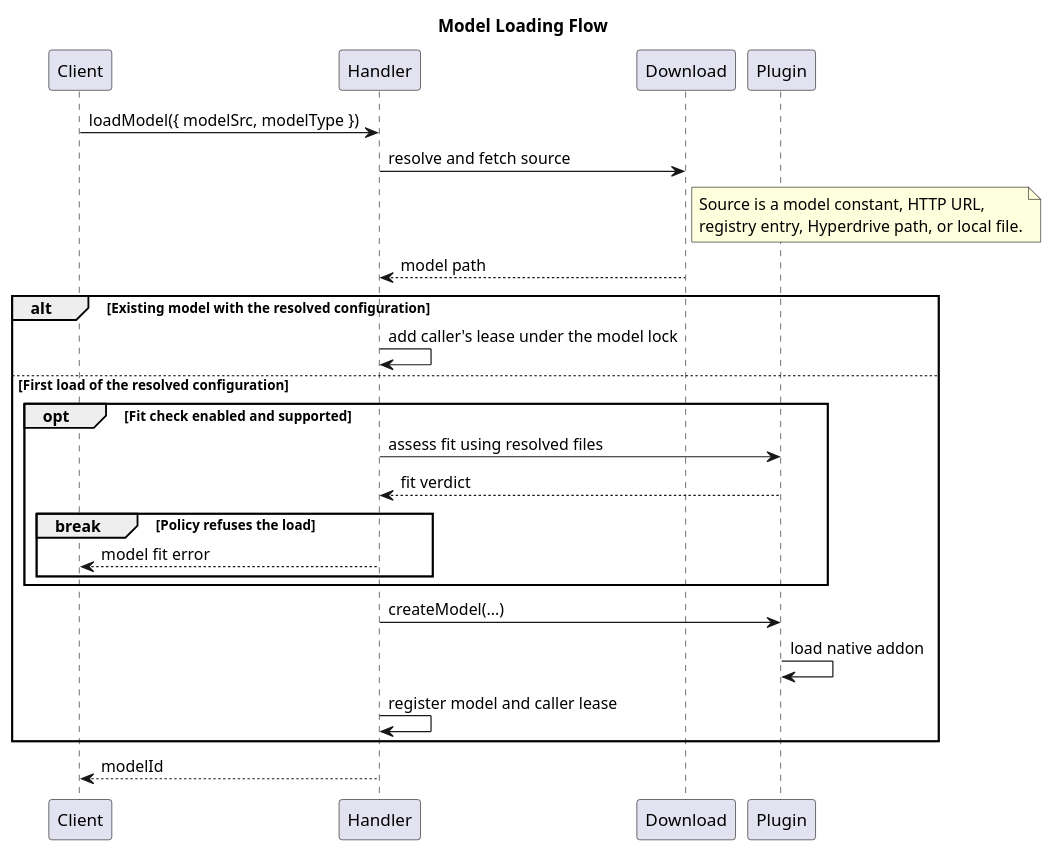
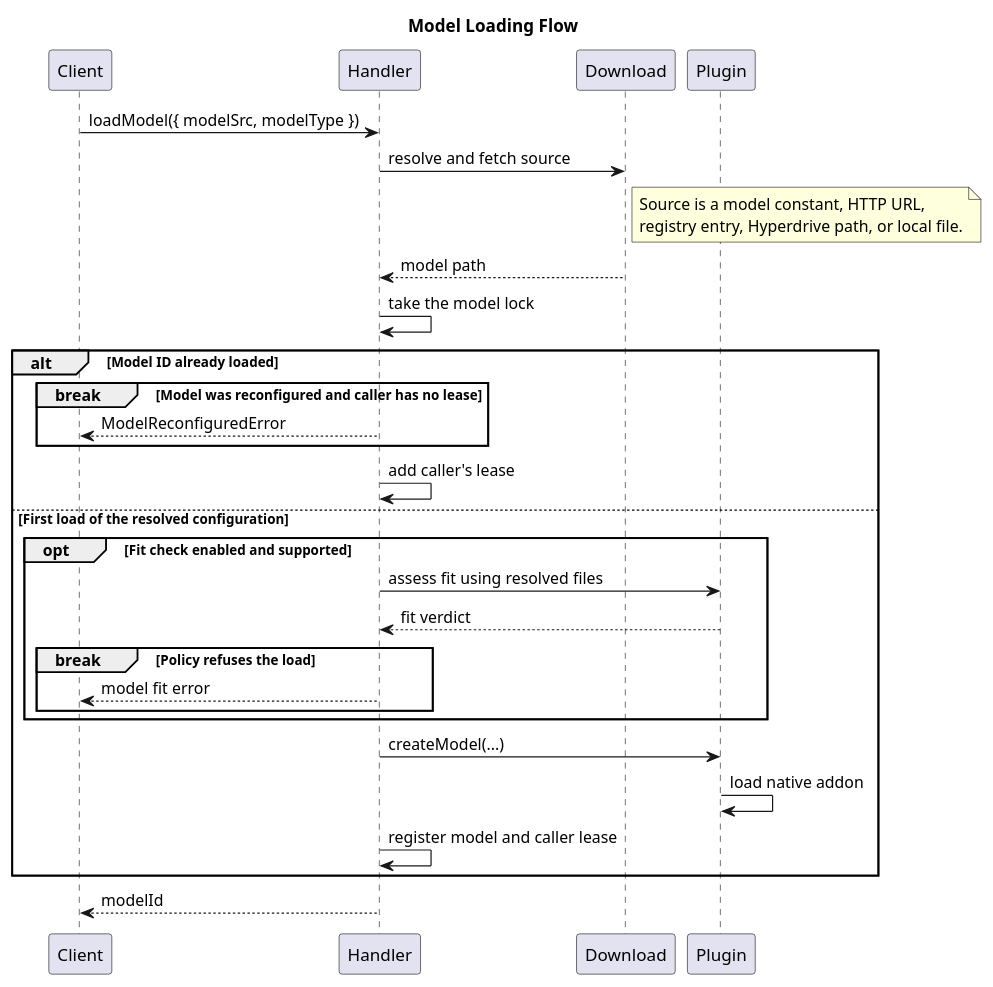
The diagram in docs/architecture/puml/08-model-loading-flow.puml (tetherto/qvac), drawn with PlantUML before and after one commit. The commit also changed 10 other files, not shown here.

Commit message:
doc[notask]: clarify SDK architecture boundaries and flows

```diff
--- a/docs/architecture/puml/08-model-loading-flow.puml
+++ b/docs/architecture/puml/08-model-loading-flow.puml
@@ -1,34 +1,38 @@
 @startuml
 title Model Loading Flow
 
 participant "Client" as Client
 participant "Handler" as Handler
 participant "Download" as Download
 participant "Plugin" as Plugin
 
 Client -> Handler : loadModel({ modelSrc, modelType })
 Handler -> Download : resolve and fetch source
 
 note right of Download
   Source is a model constant, HTTP URL,
   registry entry, Hyperdrive path, or local file.
 end note
 
 Download --> Handler : model path
-alt Existing model with the resolved configuration
-    Handler -> Handler : add caller's lease under the model lock
+Handler -> Handler : take the model lock
+alt Model ID already loaded
+    break Model was reconfigured and caller has no lease
+        Handler --> Client : ModelReconfiguredError
+    end
+    Handler -> Handler : add caller's lease
 else First load of the resolved configuration
     opt Fit check enabled and supported
         Handler -> Plugin : assess fit using resolved files
         Plugin --> Handler : fit verdict
         break Policy refuses the load
             Handler --> Client : model fit error
         end
     end
     Handler -> Plugin : createModel(...)
     Plugin -> Plugin : load native addon
     Handler -> Handler : register model and caller lease
 end
 Handler --> Client : modelId
 
 @enduml
```
